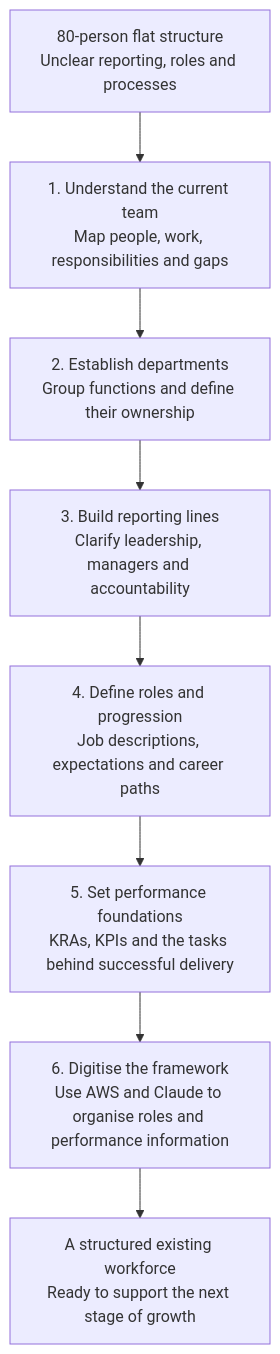
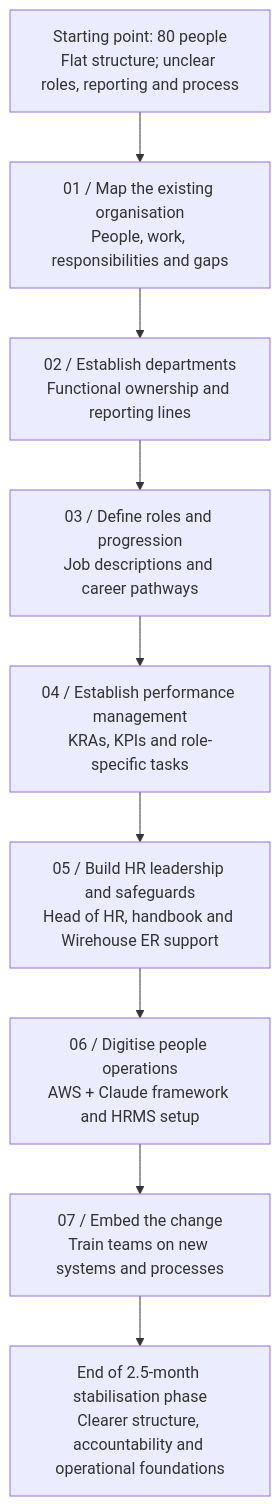
Before and after one commit to Beth-foster/Beth-foster: the diagram in projects/organisational-growth.md, drawn with Mermaid. The commit also changed other lines of this file, not shown here.

Commit message:
Expand 2.5-month stabilisation phase with HR leadership, HRMS, employee relations and training

````diff
--- a/projects/organisational-growth.md
+++ b/projects/organisational-growth.md
@@ -31,12 +33,13 @@
 ```mermaid
 flowchart TD
-    A["80-person flat structure<br/>Unclear reporting, roles and processes"]
-    B["1. Understand the current team<br/>Map people, work, responsibilities and gaps"]
-    C["2. Establish departments<br/>Group functions and define their ownership"]
-    D["3. Build reporting lines<br/>Clarify leadership, managers and accountability"]
-    E["4. Define roles and progression<br/>Job descriptions, expectations and career paths"]
-    F["5. Set performance foundations<br/>KRAs, KPIs and the tasks behind successful delivery"]
-    G["6. Digitise the framework<br/>Use AWS and Claude to organise roles and performance information"]
-    H["A structured existing workforce<br/>Ready to support the next stage of growth"]
-    A --> B --> C --> D --> E --> F --> G --> H
+    A["Starting point: 80 people<br/>Flat structure; unclear roles, reporting and process"]
+    B["01 / Map the existing organisation<br/>People, work, responsibilities and gaps"]
+    C["02 / Establish departments<br/>Functional ownership and reporting lines"]
+    D["03 / Define roles and progression<br/>Job descriptions and career pathways"]
+    E["04 / Establish performance management<br/>KRAs, KPIs and role-specific tasks"]
+    F["05 / Build HR leadership and safeguards<br/>Head of HR, handbook and Wirehouse ER support"]
+    G["06 / Digitise people operations<br/>AWS + Claude framework and HRMS setup"]
+    H["07 / Embed the change<br/>Train teams on new systems and processes"]
+    I["End of 2.5-month stabilisation phase<br/>Clearer structure, accountability and operational foundations"]
+    A --> B --> C --> D --> E --> F --> G --> H --> I
 ```
````
